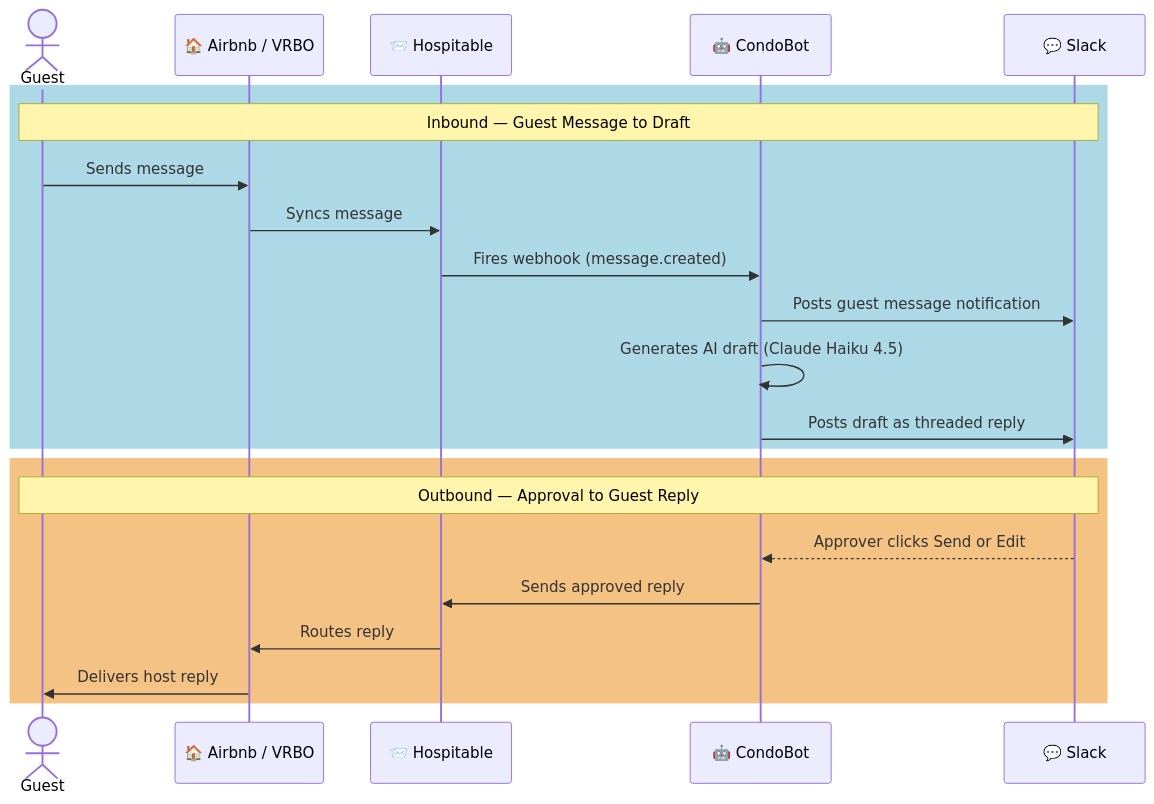
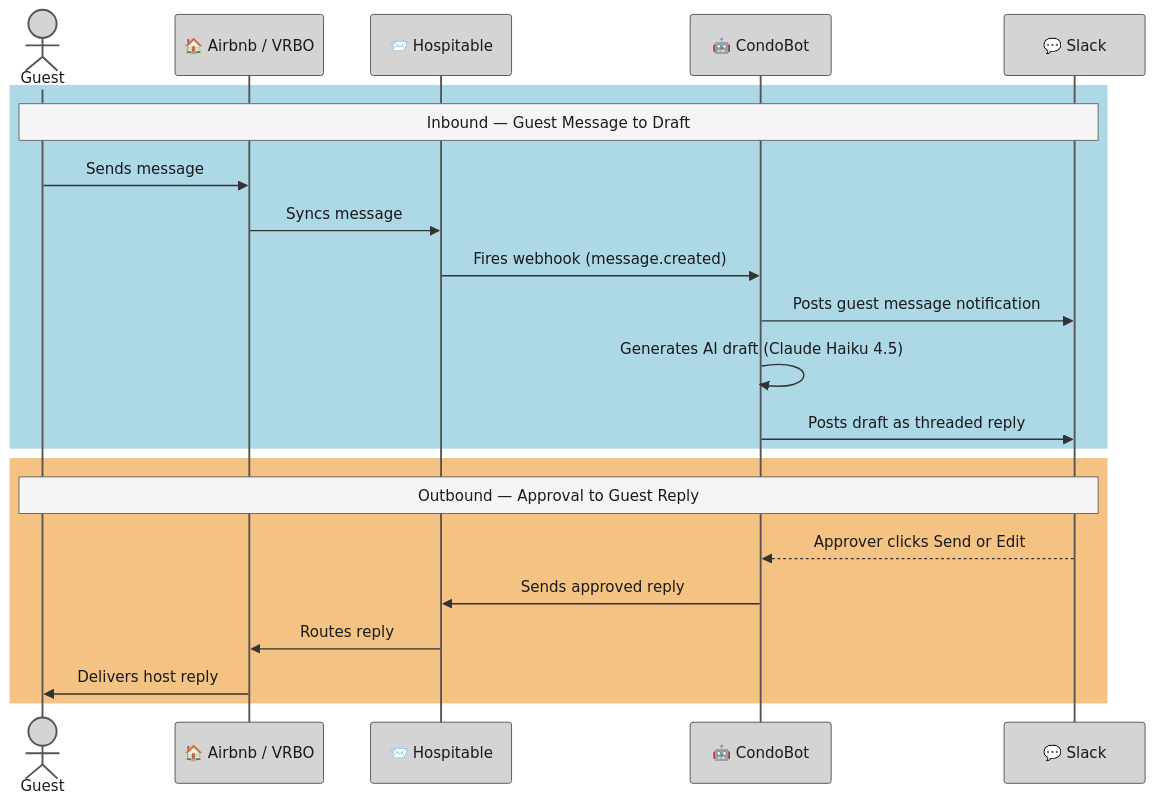
One commit to vermont42/CondoBot changed the diagram in docs/EDD.md. Above: the diagram before and after it, drawn with Mermaid.

Commit message:
Force dark text in Mermaid sequence diagram for legibility
Add %%{init}%% directive with theme: 'base' to lock text colors
to near-black, preventing illegible faint text in dark-mode
renderers (GitHub, VS Code).

🤖 Generated with [Claude Code](https://claude.com/claude-code)

````diff
--- a/docs/EDD.md
+++ b/docs/EDD.md
@@ -298,26 +298,38 @@
 ```mermaid
+%%{init: {'theme': 'base', 'themeVariables': {
+  'actorTextColor': '#1a1a1a',
+  'actorBkg': '#d4d4d4',
+  'actorBorder': '#555555',
+  'actorLineColor': '#555555',
+  'signalTextColor': '#1a1a1a',
+  'signalColor': '#333333',
+  'noteTextColor': '#1a1a1a',
+  'noteBkgColor': '#f5f5f5',
+  'noteBorderColor': '#666666',
+  'labelTextColor': '#1a1a1a'
+}}}%%
 sequenceDiagram
     actor Guest
     participant Platform as 🏠 Airbnb / VRBO
     participant Hospitable as 📨 Hospitable
     participant CondoBot as 🤖 CondoBot
     participant Slack as 💬 Slack
 
     rect rgb(173, 216, 230)
         Note over Guest,Slack: Inbound — Guest Message to Draft
         Guest->>Platform: Sends message
         Platform->>Hospitable: Syncs message
         Hospitable->>CondoBot: Fires webhook (message.created)
         CondoBot->>Slack: Posts guest message notification
         CondoBot->>CondoBot: Generates AI draft (Claude Haiku 4.5)
         CondoBot->>Slack: Posts draft as threaded reply
     end
 
     rect rgb(244, 194, 131)
         Note over Guest,Slack: Outbound — Approval to Guest Reply
         Slack-->>CondoBot: Approver clicks Send or Edit
         CondoBot->>Hospitable: Sends approved reply
         Hospitable->>Platform: Routes reply
         Platform->>Guest: Delivers host reply
     end
 ```
````
